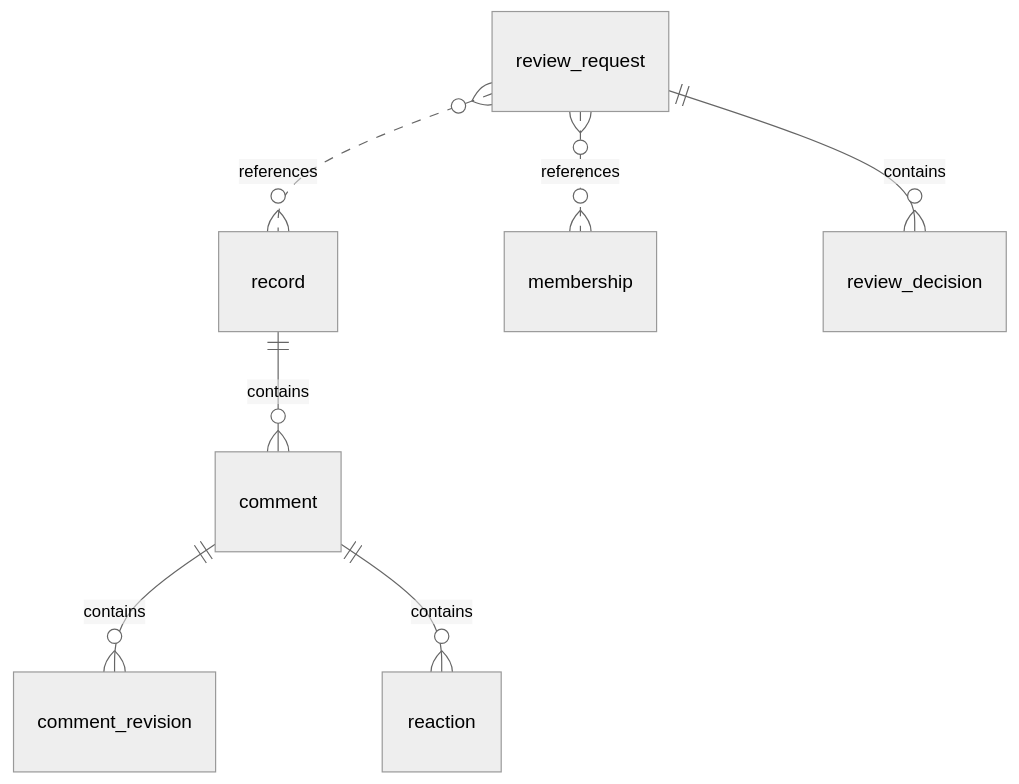
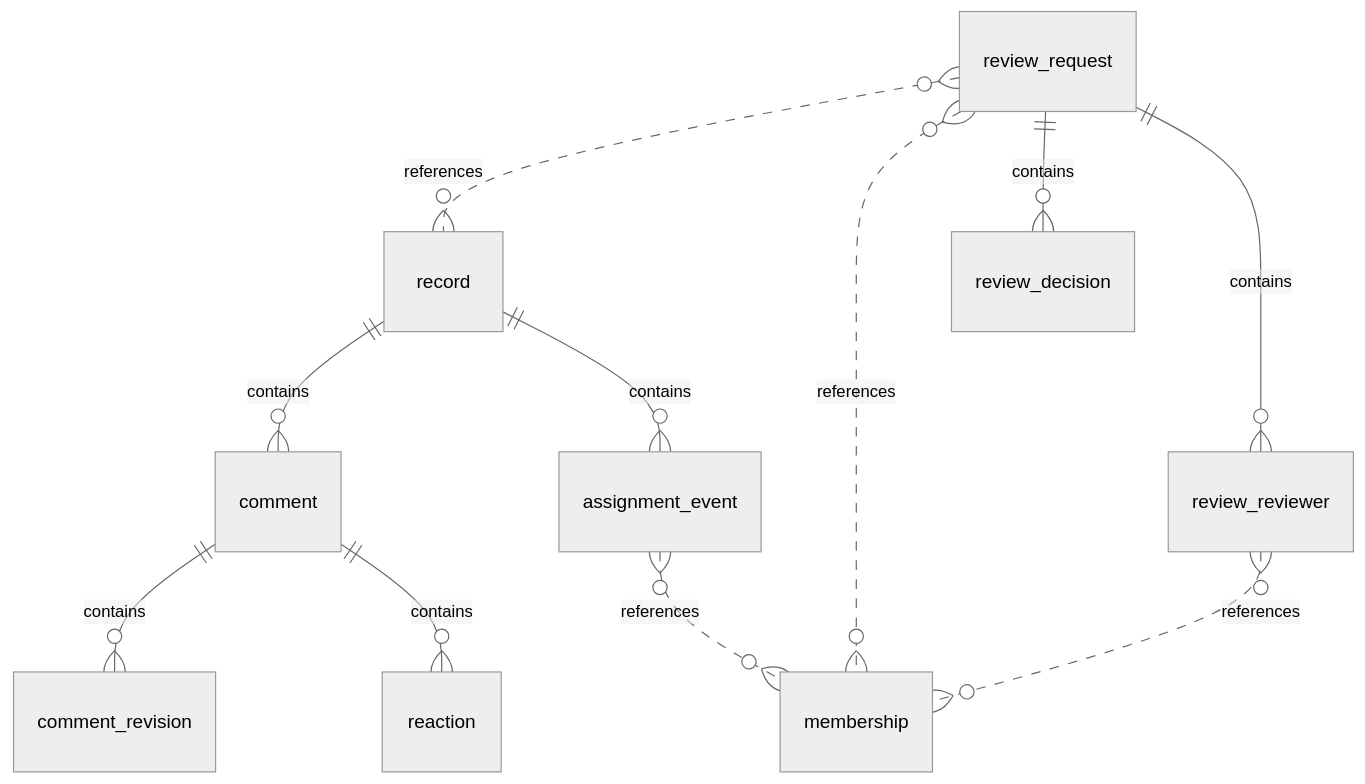
Diagram 11 of 30 in docs/architecture/data/generated/er-diagrams.md (KatrielMoses/pm), drawn with Mermaid (neutral theme) before and after one commit. The commit also changed 32 other files, not shown here.

````diff
--- a/docs/architecture/data/generated/er-diagrams.md
+++ b/docs/architecture/data/generated/er-diagrams.md
@@ -144,9 +144,13 @@
 ```mermaid
 erDiagram
   record ||--o{ comment : "contains"
   comment ||--o{ comment_revision : "contains"
   comment ||--o{ reaction : "contains"
   review_request }o..o{ record : "references"
   review_request }o..o{ membership : "references"
   review_request ||--o{ review_decision : "contains"
+  review_request ||--o{ review_reviewer : "contains"
+  review_reviewer }o..o{ membership : "references"
+  record ||--o{ assignment_event : "contains"
+  assignment_event }o..o{ membership : "references"
 ```
````
